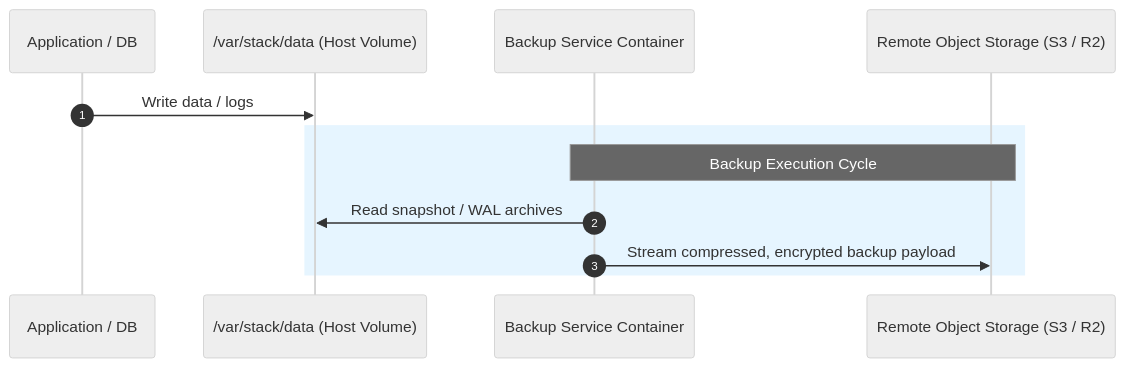
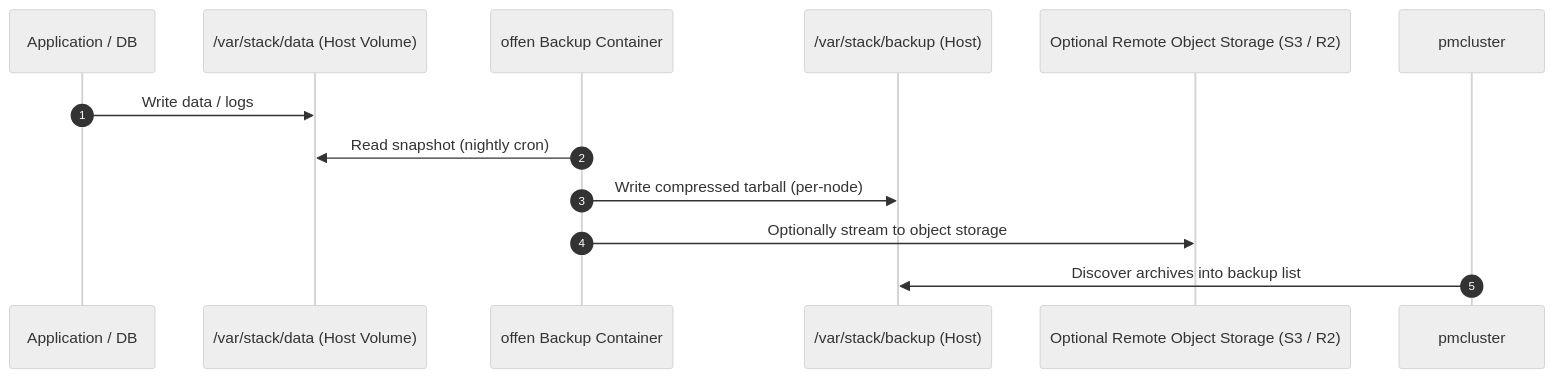
Before and after one commit to hazemarian/poor-man-cluster: the second of 2 diagrams in docs/storage-and-databases.md, drawn with Mermaid (neutral theme). The commit also changed other lines of this file and 12 other files, not shown here.

````diff
--- a/docs/storage-and-databases.md
+++ b/docs/storage-and-databases.md
@@ -90,16 +110,15 @@
 ```mermaid
 sequenceDiagram
     autonumber
     participant App as Application / DB
     participant LocalDisk as /var/stack/data (Host Volume)
-    participant Backup as Backup Service Container
-    participant S3 as Remote Object Storage (S3 / R2)
+    participant Backup as offen Backup Container
+    participant Archive as /var/stack/backup (Host)
+    participant S3 as Optional Remote Object Storage (S3 / R2)
 
     App->>LocalDisk: Write data / logs
-
-    rect rgb(230, 245, 255)
-        Note over Backup,S3: Backup Execution Cycle
-        Backup->>LocalDisk: Read snapshot / WAL archives
-        Backup->>S3: Stream compressed, encrypted backup payload
-    end
+    Backup->>LocalDisk: Read snapshot (nightly cron)
+    Backup->>Archive: Write compressed tarball (per-node)
+    Backup->>S3: Optionally stream to object storage
+    pmcluster->>Archive: Discover archives into backup list
 ```
````
